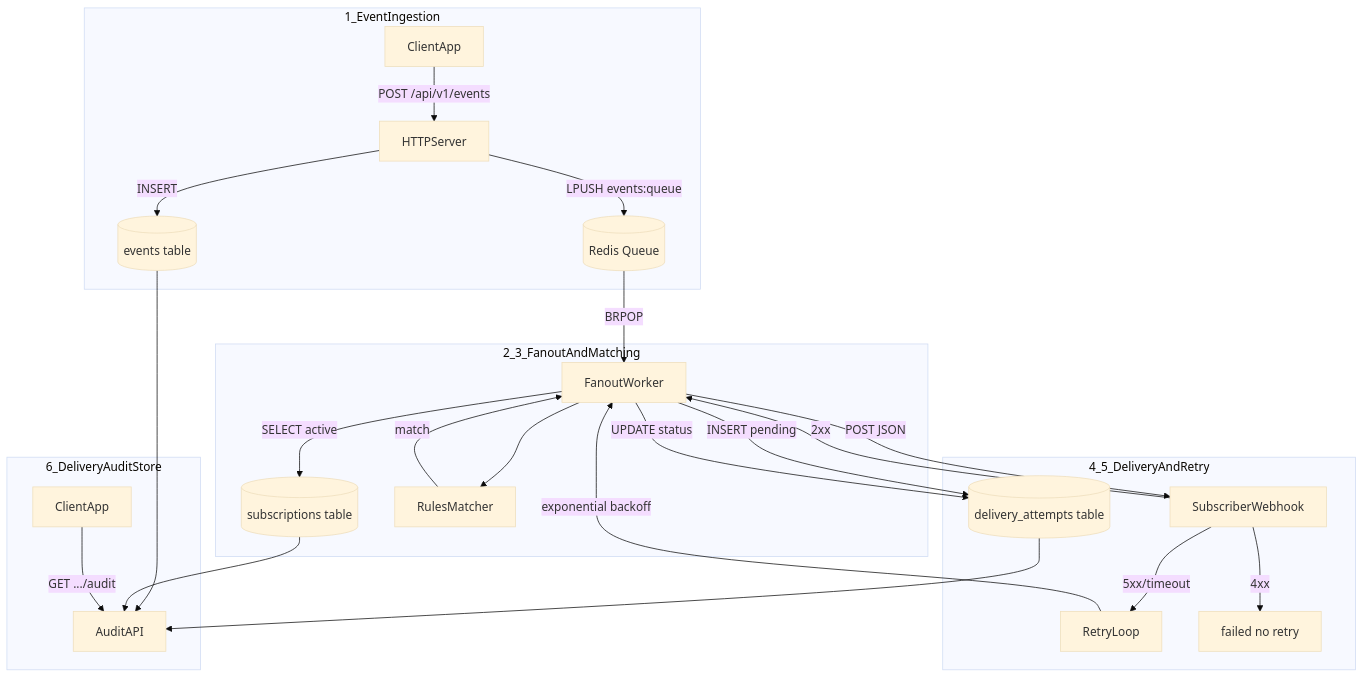
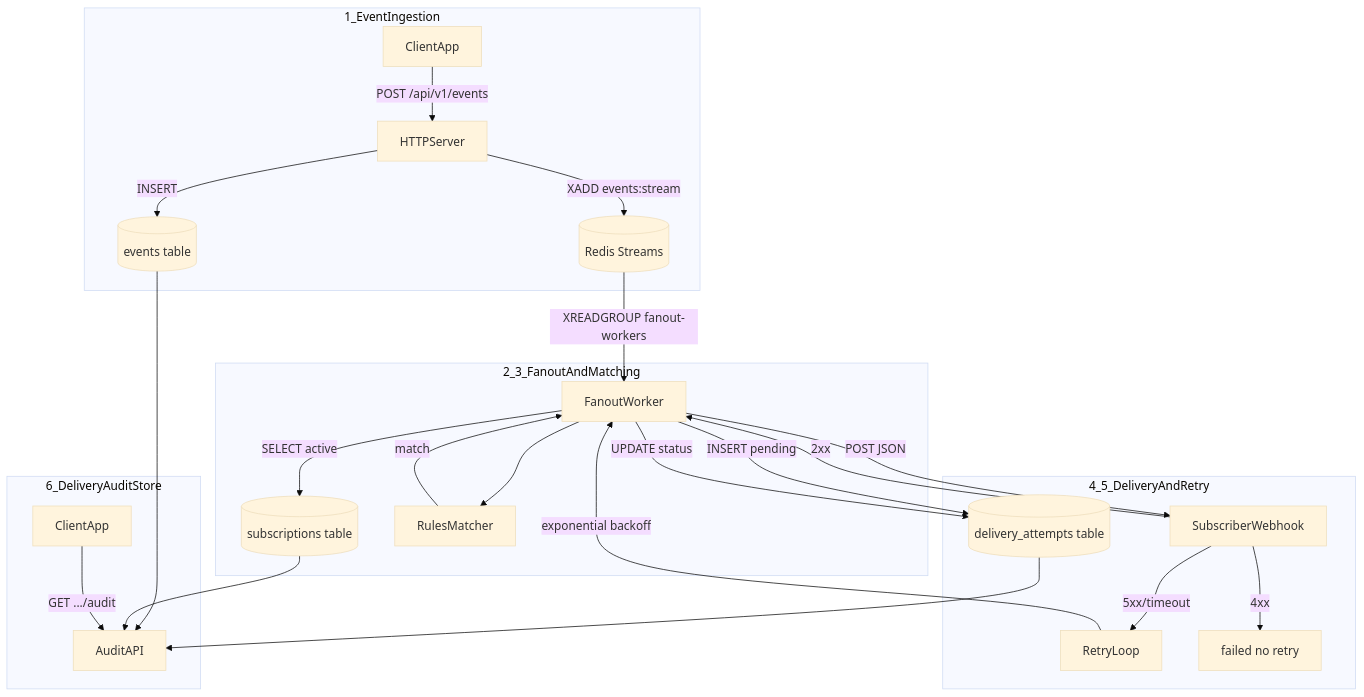
The first of 5 diagrams in docs/architecture.md (shwetaudacious/event-fanout), drawn with Mermaid (base theme) before and after one commit. The commit also changed other lines of this file and 17 other files, not shown here.

First line of the commit message:
Migrate fanout queue to Redis Streams for DOKS production deploy.

````diff
--- a/docs/architecture.md
+++ b/docs/architecture.md
@@ -9,32 +9,32 @@
 ```mermaid
 flowchart TB
     subgraph ingest [1_EventIngestion]
         C[ClientApp] -->|POST /api/v1/events| API[HTTPServer]
         API -->|INSERT| EventsTable[(events table)]
-        API -->|LPUSH events:queue| RedisQ[(Redis Queue)]
+        API -->|XADD events:stream| RedisQ[(Redis Streams)]
     end
 
     subgraph fanout [2_3_FanoutAndMatching]
-        RedisQ -->|BRPOP| Worker[FanoutWorker]
+        RedisQ -->|XREADGROUP fanout-workers| Worker[FanoutWorker]
         Worker -->|SELECT active| SubsTable[(subscriptions table)]
         Worker --> Matcher[RulesMatcher]
         Matcher -->|match| Worker
     end
 
     subgraph delivery [4_5_DeliveryAndRetry]
         Worker -->|INSERT pending| AttemptsTable[(delivery_attempts table)]
         Worker -->|POST JSON| Webhook[SubscriberWebhook]
         Webhook -->|2xx| Worker
         Webhook -->|5xx/timeout| RetryLoop[RetryLoop]
         RetryLoop -->|exponential backoff| Worker
         Webhook -->|4xx| FailedFinal[failed no retry]
         Worker -->|UPDATE status| AttemptsTable
     end
 
     subgraph audit [6_DeliveryAuditStore]
         AttemptsTable --> AuditAPI[AuditAPI]
         EventsTable --> AuditAPI
         SubsTable --> AuditAPI
         Client2[ClientApp] -->|GET .../audit| AuditAPI
     end
 ```
````
